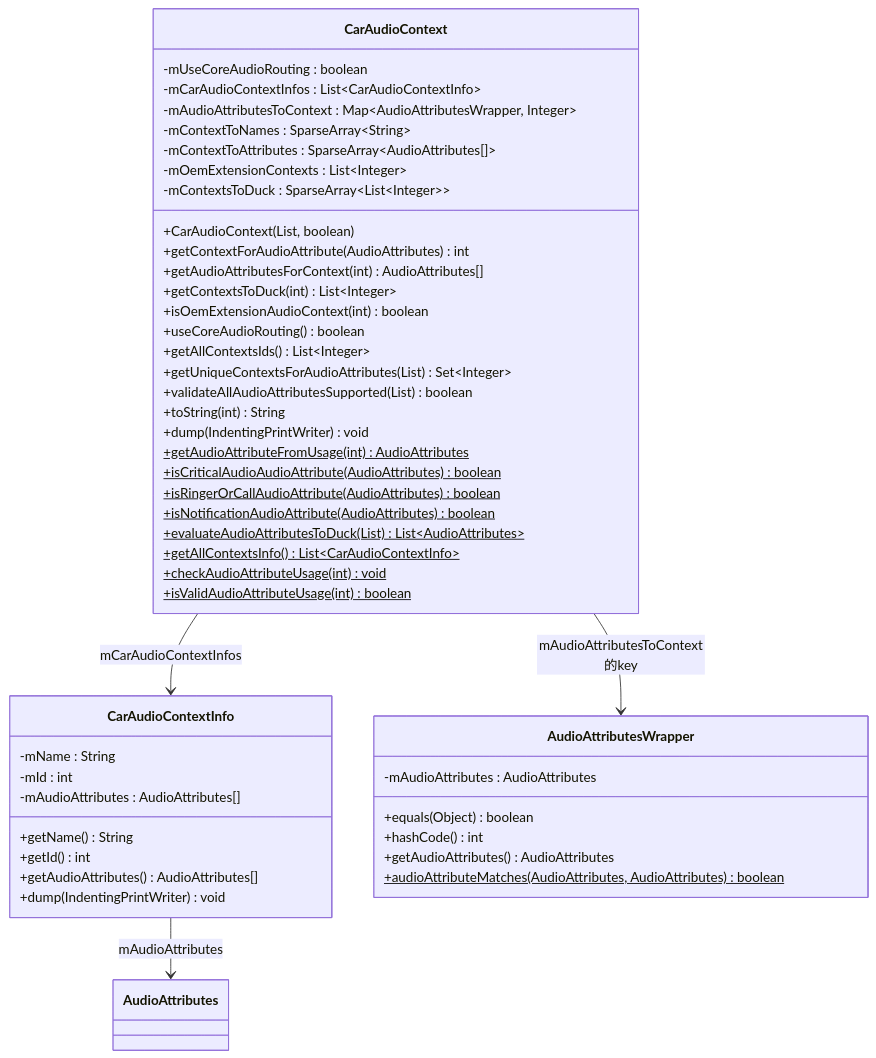
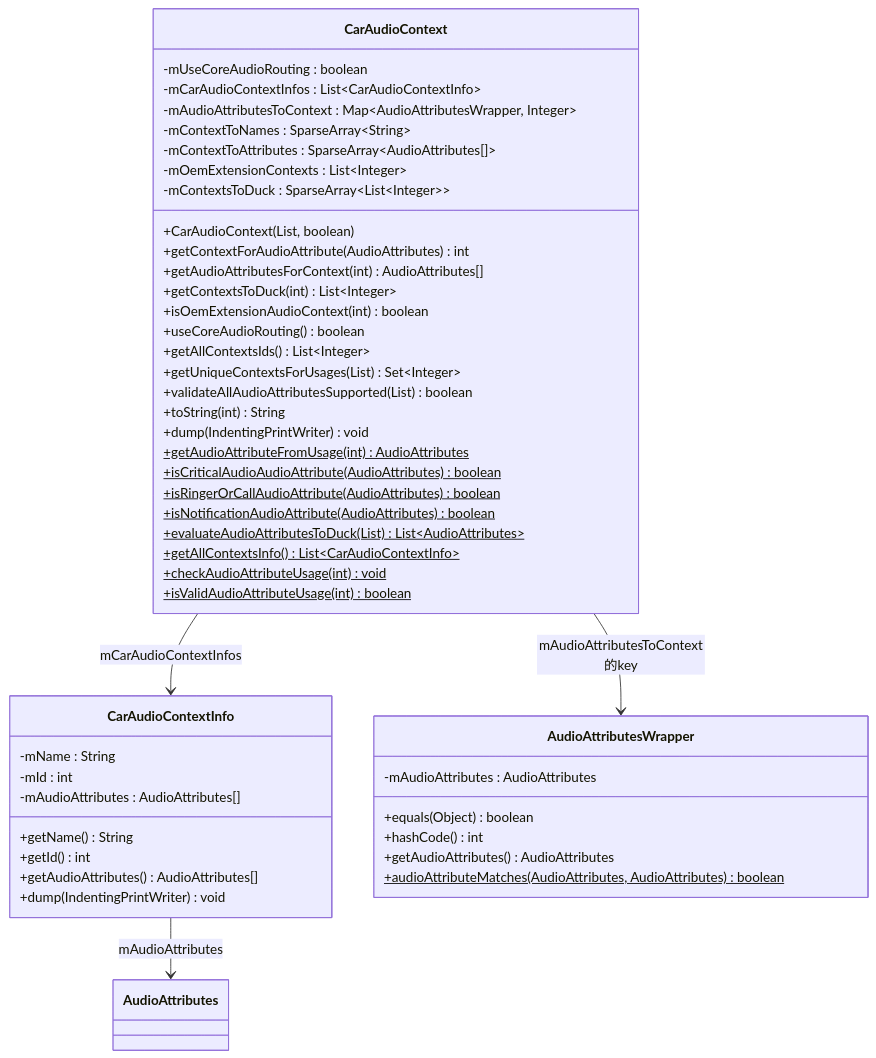
Before and after one commit to yanglinzhen1022/SA8295_AAOS_QNX_Audio_KnowledgeBase: the first of 4 diagrams in 09_AAOS_Car_Audio/09_9.6_CarAudioContext-车载音频上下文深度解析.md, drawn with Mermaid. The commit also changed other lines of this file and 58 other files, not shown here.

````diff
--- a/09_AAOS_Car_Audio/09_9.6_CarAudioContext-车载音频上下文深度解析.md
+++ b/09_AAOS_Car_Audio/09_9.6_CarAudioContext-车载音频上下文深度解析.md
@@ -11,53 +12,53 @@
 ```mermaid
 classDiagram
     class CarAudioContext {
         -mUseCoreAudioRouting : boolean
         -mCarAudioContextInfos : List~CarAudioContextInfo~
         -mAudioAttributesToContext : Map~AudioAttributesWrapper, Integer~
         -mContextToNames : SparseArray~String~
         -mContextToAttributes : SparseArray~AudioAttributes[]~
         -mOemExtensionContexts : List~Integer~
         -mContextsToDuck : SparseArray~List~Integer~~
         +CarAudioContext(List, boolean)
         +getContextForAudioAttribute(AudioAttributes) int
         +getAudioAttributesForContext(int) AudioAttributes[]
         +getContextsToDuck(int) List~Integer~
         +isOemExtensionAudioContext(int) boolean
         +useCoreAudioRouting() boolean
         +getAllContextsIds() List~Integer~
-        +getUniqueContextsForAudioAttributes(List) Set~Integer~
+        +getUniqueContextsForUsages(List) Set~Integer~
         +validateAllAudioAttributesSupported(List) boolean
         +toString(int) String
         +dump(IndentingPrintWriter) void
         +getAudioAttributeFromUsage(int)$ AudioAttributes
         +isCriticalAudioAudioAttribute(AudioAttributes)$ boolean
         +isRingerOrCallAudioAttribute(AudioAttributes)$ boolean
         +isNotificationAudioAttribute(AudioAttributes)$ boolean
         +evaluateAudioAttributesToDuck(List)$ List~AudioAttributes~
         +getAllContextsInfo()$ List~CarAudioContextInfo~
         +checkAudioAttributeUsage(int)$ void
         +isValidAudioAttributeUsage(int)$ boolean
     }
 
     class CarAudioContextInfo {
         -mName : String
         -mId : int
         -mAudioAttributes : AudioAttributes[]
         +getName() String
         +getId() int
         +getAudioAttributes() AudioAttributes[]
         +dump(IndentingPrintWriter) void
     }
 
     class AudioAttributesWrapper {
         -mAudioAttributes : AudioAttributes
         +equals(Object) boolean
         +hashCode() int
         +getAudioAttributes() AudioAttributes
         +audioAttributeMatches(AudioAttributes, AudioAttributes)$ boolean
     }
 
     CarAudioContext --> CarAudioContextInfo : mCarAudioContextInfos
     CarAudioContext --> AudioAttributesWrapper : mAudioAttributesToContext的key
     CarAudioContextInfo --> AudioAttributes : mAudioAttributes
 ```
````
